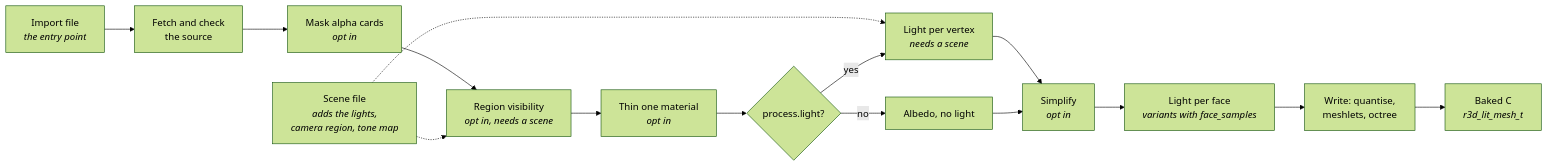
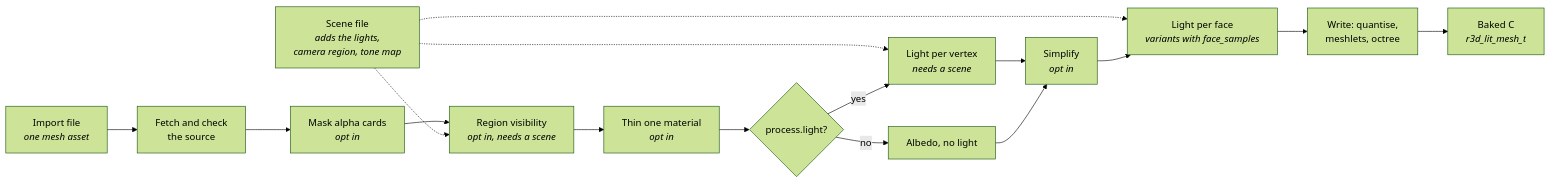
The first of 2 diagrams in docs/Mesh-Import.md (jose-villegas/autana), drawn with Mermaid (forest theme) before and after one commit.

Commit message:
docs: the scene feeds per-face light; the import box is not the only entry

````diff
--- a/docs/Mesh-Import.md
+++ b/docs/Mesh-Import.md
@@ -7,17 +7,18 @@
 ```mermaid
 flowchart LR
-    Import["Import file<br/><i>the entry point</i>"] --> Fetch["Fetch and check<br/>the source"]
+    Import["Import file<br/><i>one mesh asset</i>"] --> Fetch["Fetch and check<br/>the source"]
     Fetch --> Mask["Mask alpha cards<br/><i>opt in</i>"]
     Mask --> Vis["Region visibility<br/><i>opt in, needs a scene</i>"]
     Vis --> Thin["Thin one material<br/><i>opt in</i>"]
     Thin --> Colour{"process.light?"}
     Scene["Scene file<br/><i>adds the lights,<br/>camera region, tone map</i>"] -.-> Vis
     Scene -.-> Lit
+    Scene -.-> Face
     Colour -- yes --> Lit["Light per vertex<br/><i>needs a scene</i>"]
     Colour -- no --> Albedo["Albedo, no light"]
     Lit --> Simp["Simplify<br/><i>opt in</i>"]
     Albedo --> Simp
     Simp --> Face["Light per face<br/><i>variants with face_samples</i>"]
     Face --> Write["Write: quantise,<br/>meshlets, octree"]
     Write --> C["Baked C<br/><i>r3d_lit_mesh_t</i>"]
 ```
````
